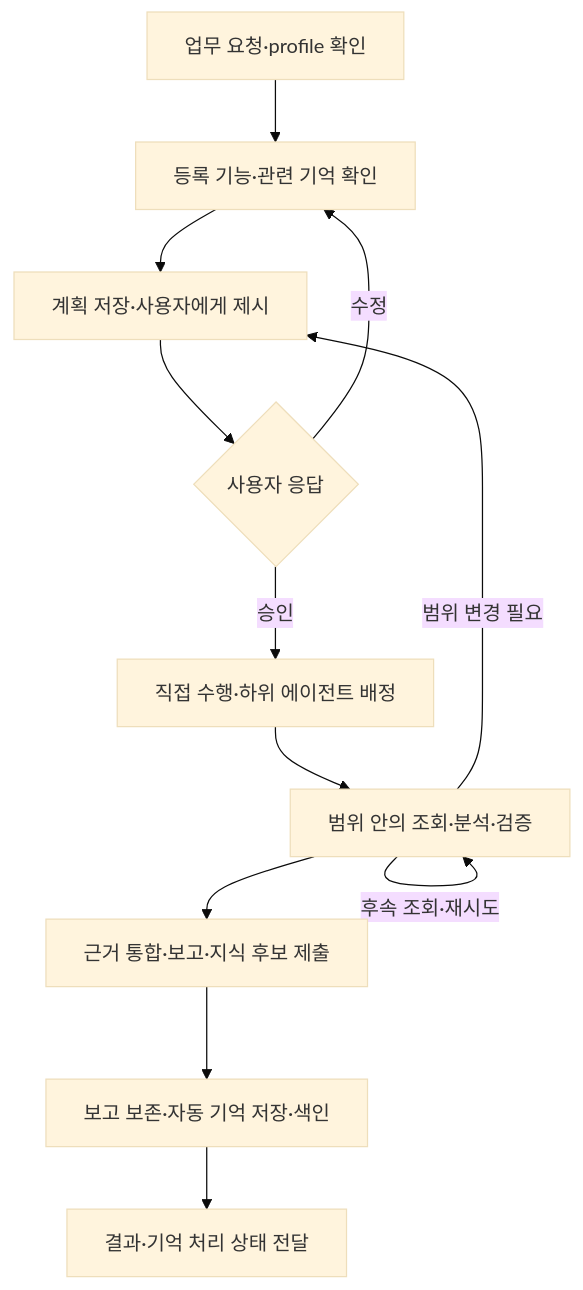
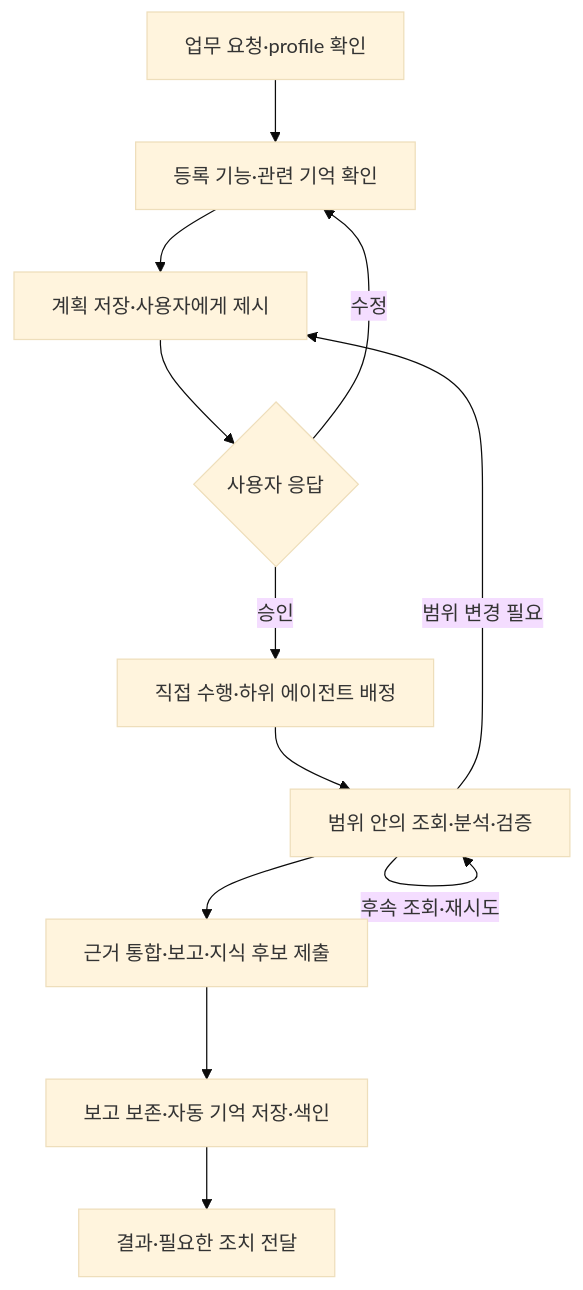
Before and after one commit to VVoodyHong/DAERI: the diagram in docs/spec/tasks/workflow.md, drawn with Mermaid (base theme). The commit also changed other lines of this file and 47 other files, not shown here.

````diff
--- a/docs/spec/tasks/workflow.md
+++ b/docs/spec/tasks/workflow.md
@@ -14,14 +14,14 @@
 ```mermaid
 flowchart TD
     A[업무 요청·profile 확인] --> B[등록 기능·관련 기억 확인]
     B --> C[계획 저장·사용자에게 제시]
     C --> D{사용자 응답}
     D -->|승인| E[직접 수행·하위 에이전트 배정]
     D -->|수정| B
     E --> F[범위 안의 조회·분석·검증]
     F -->|후속 조회·재시도| F
     F -->|범위 변경 필요| C
     F --> G[근거 통합·보고·지식 후보 제출]
     G --> H[보고 보존·자동 기억 저장·색인]
-    H --> I[결과·기억 처리 상태 전달]
+    H --> I[결과·필요한 조치 전달]
 ```
````
